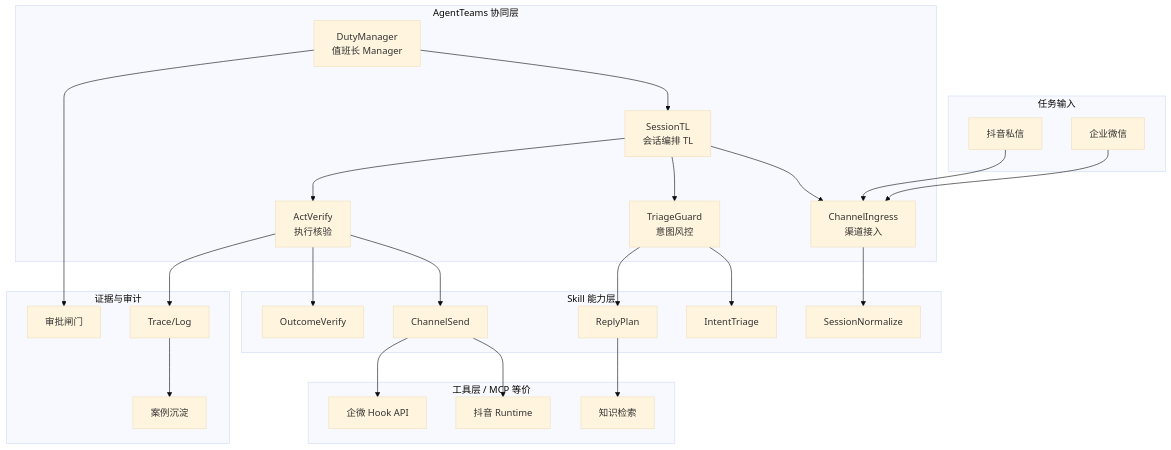
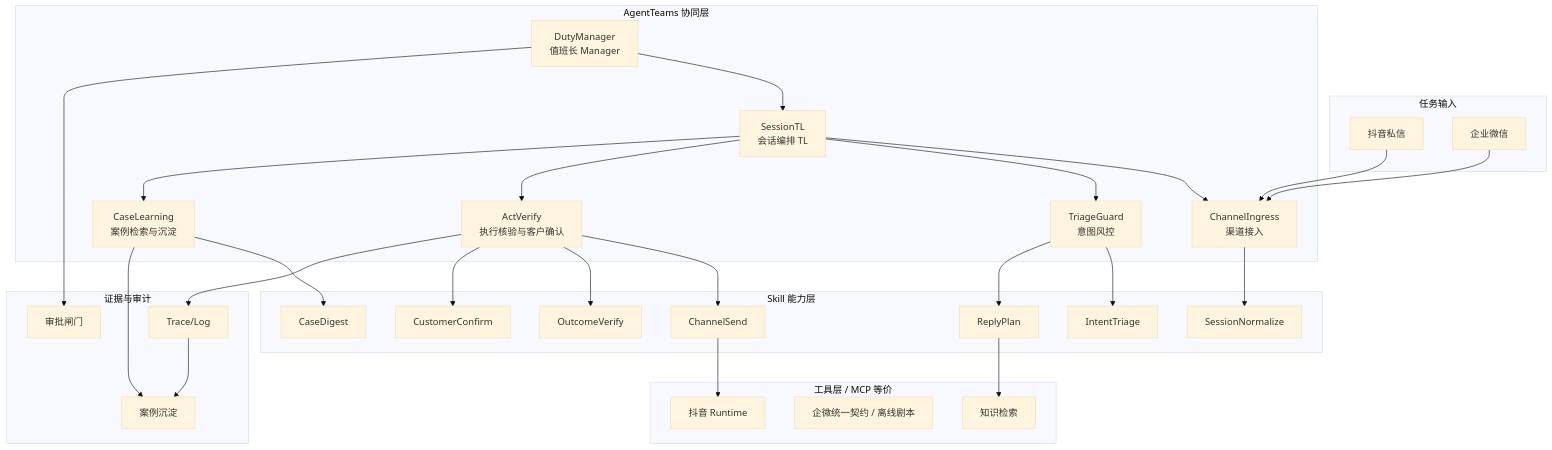
One commit to icebreak119/AgentDesk changed the diagram in docs/02_方案PPT大纲.md. Above: the diagram before and after it, drawn with Mermaid (base theme). The commit also changed other lines of this file and 81 other files, not shown here.

````diff
--- a/docs/02_方案PPT大纲.md
+++ b/docs/02_方案PPT大纲.md
@@ -22,48 +22,53 @@
 ```mermaid
 flowchart TB
     subgraph Input["任务输入"]
         A1[抖音私信]
         A2[企业微信]
     end
 
     subgraph AgentTeams["AgentTeams 协同层"]
         M[DutyManager<br/>值班长 Manager]
         TL[SessionTL<br/>会话编排 TL]
         W1[ChannelIngress<br/>渠道接入]
         W2[TriageGuard<br/>意图风控]
-        W3[ActVerify<br/>执行核验]
+        W3[ActVerify<br/>执行核验与客户确认]
+        W4[CaseLearning<br/>案例检索与沉淀]
     end
 
     subgraph Skills["Skill 能力层"]
         S1[SessionNormalize]
         S2[IntentTriage]
         S3[ReplyPlan]
         S4[ChannelSend]
         S5[OutcomeVerify]
+        S6[CustomerConfirm]
+        S7[CaseDigest]
     end
 
     subgraph Tools["工具层 / MCP 等价"]
         T1[抖音 Runtime]
-        T2[企微 Hook API]
+        T2[企微统一契约 / 离线剧本]
         T3[知识检索]
     end
 
     subgraph Evidence["证据与审计"]
         E1[Trace/Log]
         E2[审批闸门]
         E3[案例沉淀]
     end
 
     A1 --> W1
     A2 --> W1
     M --> TL
-    TL --> W1 & W2 & W3
+    TL --> W1 & W2 & W3 & W4
     W1 --> S1
     W2 --> S2 & S3
-    W3 --> S4 & S5
-    S4 --> T1 & T2
+    W3 --> S4 & S5 & S6
+    W4 --> S7
+    S4 --> T1
     S3 --> T3
     W3 --> E1
     M --> E2
+    W4 --> E3
     E1 --> E3
 ```
````
